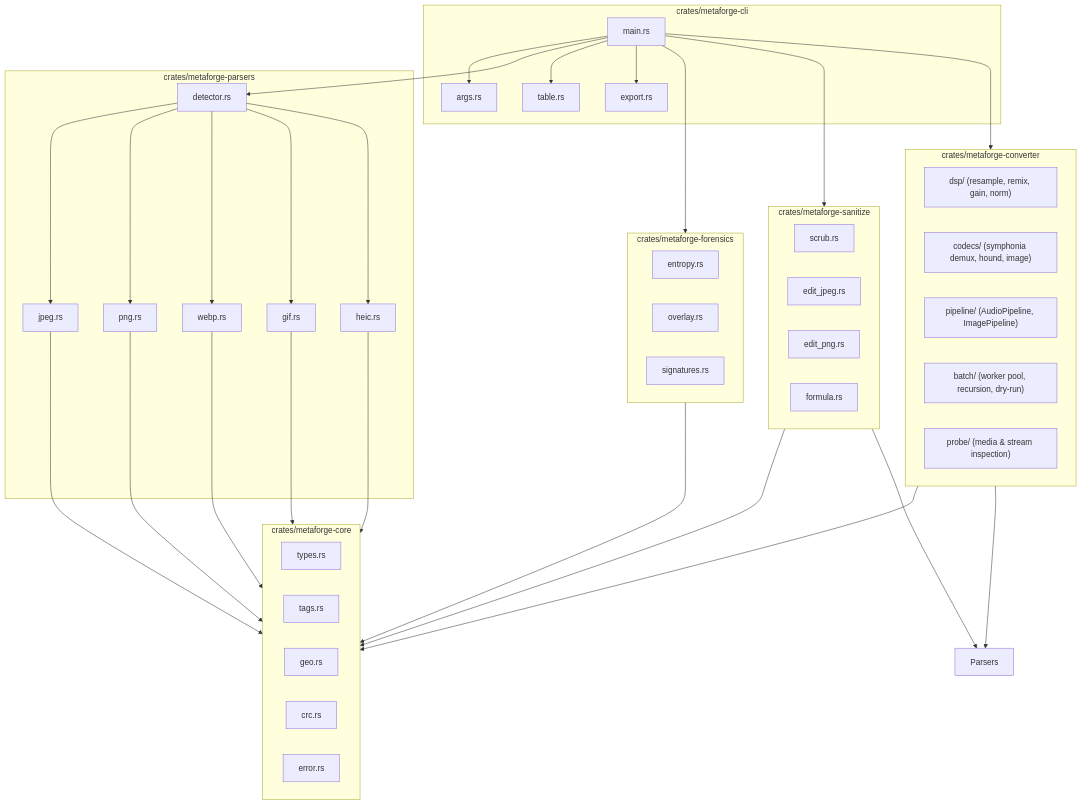
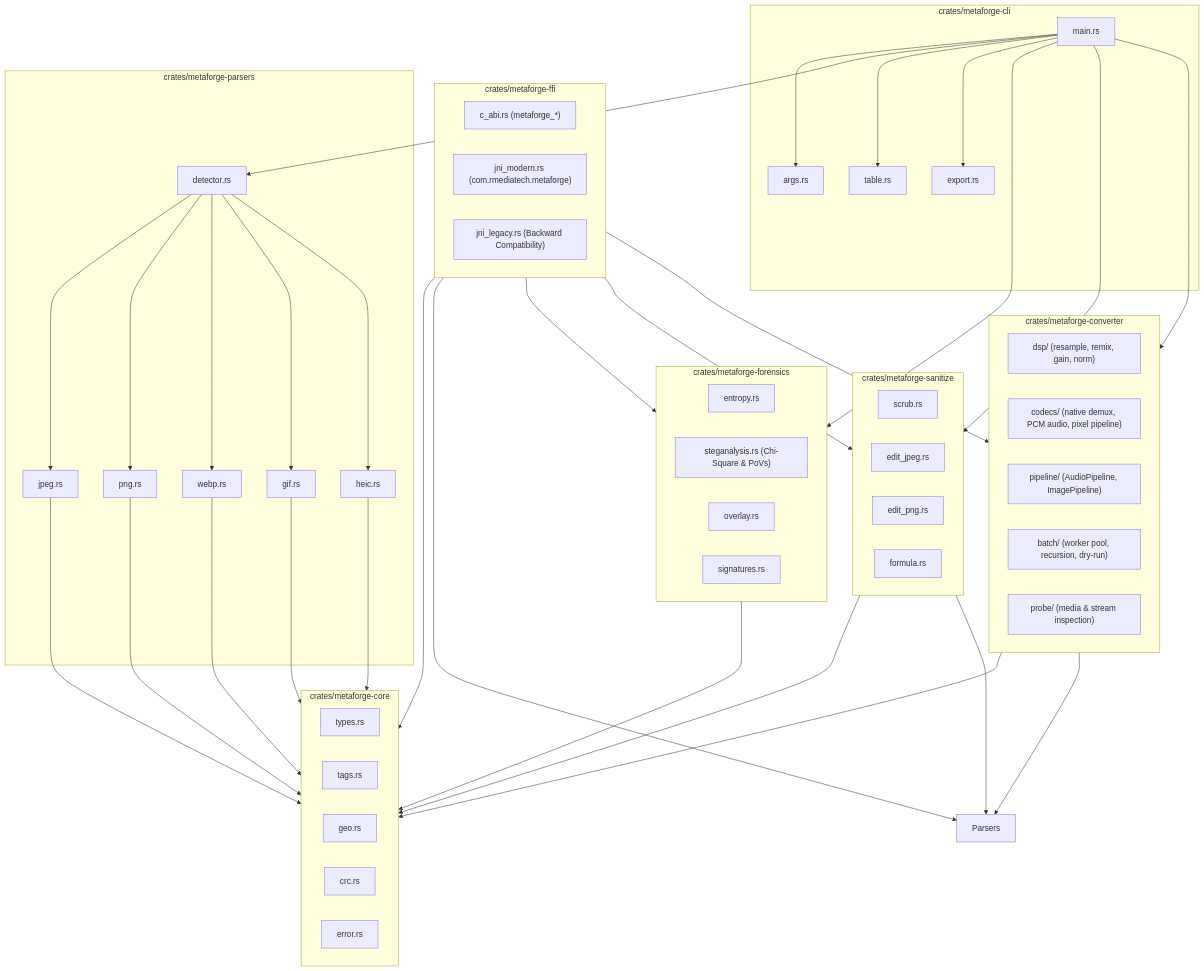
The first of 2 diagrams in docs/ARCHITECTURE.md (xuoxod/metaforge), drawn with Mermaid before and after one commit. The commit also changed other lines of this file and 5 other files, not shown here.

```diff
--- a/docs/ARCHITECTURE.md
+++ b/docs/ARCHITECTURE.md
@@ -22,6 +25,12 @@
         Args["args.rs"]
         Table["table.rs"]
         Export["export.rs"]
+    end
+
+    subgraph ForeignBridge ["crates/metaforge-ffi"]
+        CAbi["c_abi.rs (metaforge_*)"]
+        JniModern["jni_modern.rs (com.rmediatech.metaforge)"]
+        JniLegacy["jni_legacy.rs (Backward Compatibility)"]
     end
 
     subgraph Scanners ["crates/metaforge-parsers"]
@@ -35,7 +44,7 @@
 
     subgraph Converter ["crates/metaforge-converter"]
         DspSub["dsp/ (resample, remix, gain, norm)"]
-        CodecsSub["codecs/ (symphonia demux, hound, image)"]
+        CodecsSub["codecs/ (native demux, PCM audio, pixel pipeline)"]
         PipelineSub["pipeline/ (AudioPipeline, ImagePipeline)"]
         BatchSub["batch/ (worker pool, recursion, dry-run)"]
         ProbeSub["probe/ (media & stream inspection)"]
@@ -43,6 +52,7 @@
 
     subgraph Forensics ["crates/metaforge-forensics"]
         Entropy["entropy.rs"]
+        Steg["steganalysis.rs (Chi-Square & PoVs)"]
         Overlay["overlay.rs"]
         Signatures["signatures.rs"]
     end
@@ -70,6 +80,12 @@
     Main --> Table
     Main --> Export
 
+    ForeignBridge --> Core
+    ForeignBridge --> Parsers
+    ForeignBridge --> Forensics
+    ForeignBridge --> Sanitize
+    ForeignBridge --> Converter
+
     Converter --> Core
     Converter --> Parsers
     Detector --> JpegParser
```
